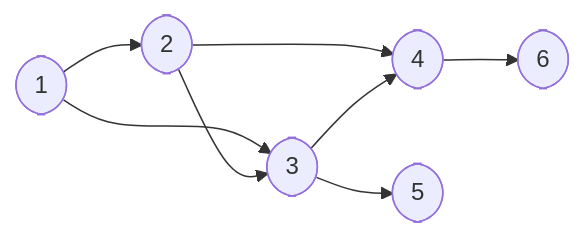
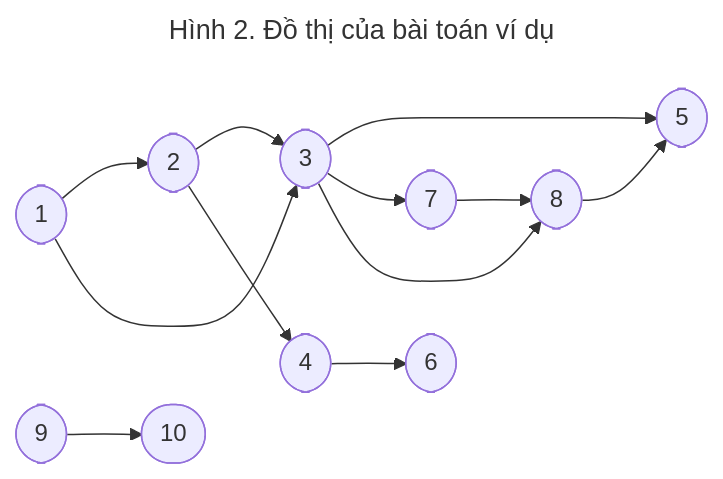
One commit to vtchitruong/vtchitruong.github.io changed the second of 2 diagrams in docs/advanced/graph/dfs.md. Above: the diagram before and after it, drawn with Mermaid. The commit also changed other lines of this file and 4 other files, not shown here.

````diff
--- a/docs/advanced/graph/dfs.md
+++ b/docs/advanced/graph/dfs.md
@@ -3,10 +102,12 @@
 ``` mermaid
+---
+title: Hình 2. Đồ thị của bài toán ví dụ
+---
 graph LR
-    1([1]) --> 2([2])
-    1 --> 3([3])
-    2 --> 3
-    2 --> 4([4])
-    3 --> 4
-    3 --> 5([5])
+    1([1]) --> 2([2]) & 3([3])
+    2 --> 3 & 4([4])
+    3 --> 5([5]) & 7([7]) & 8([8])
     4 --> 6([6])
+    7 --> 8 --> 5
+    9([9]) --> 10([10])
 ```
````
